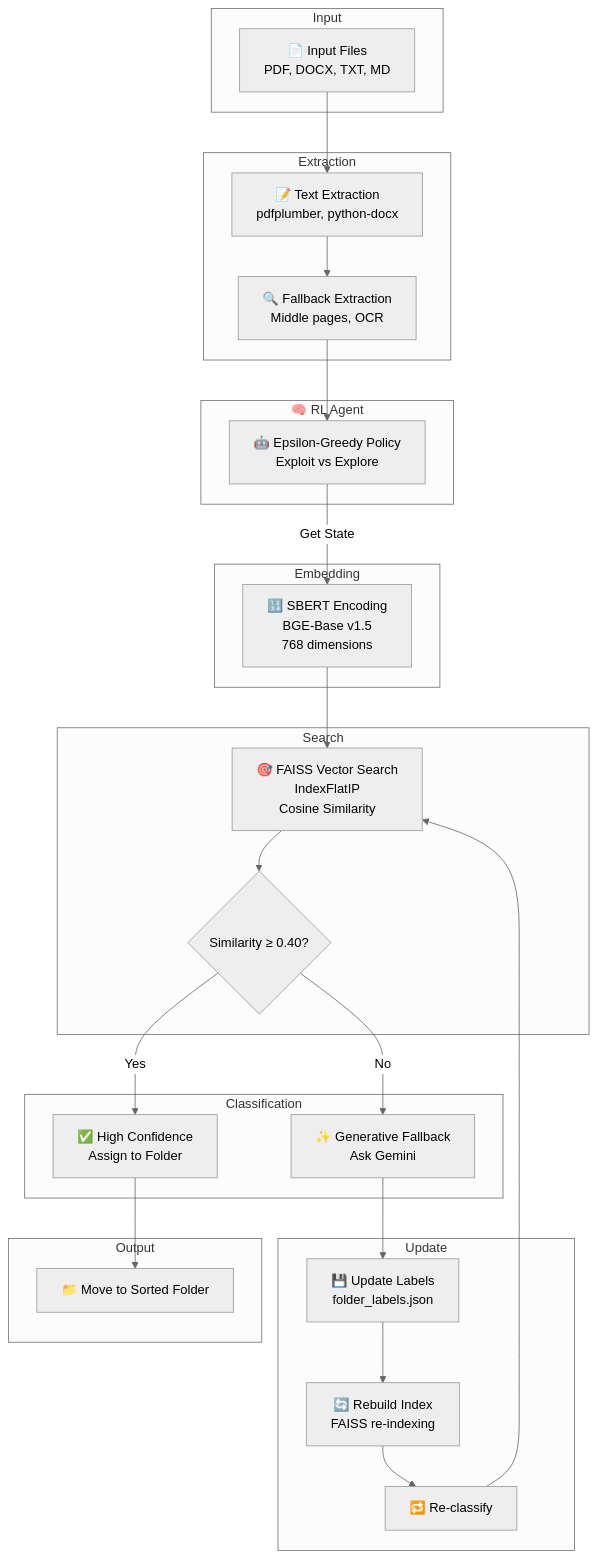
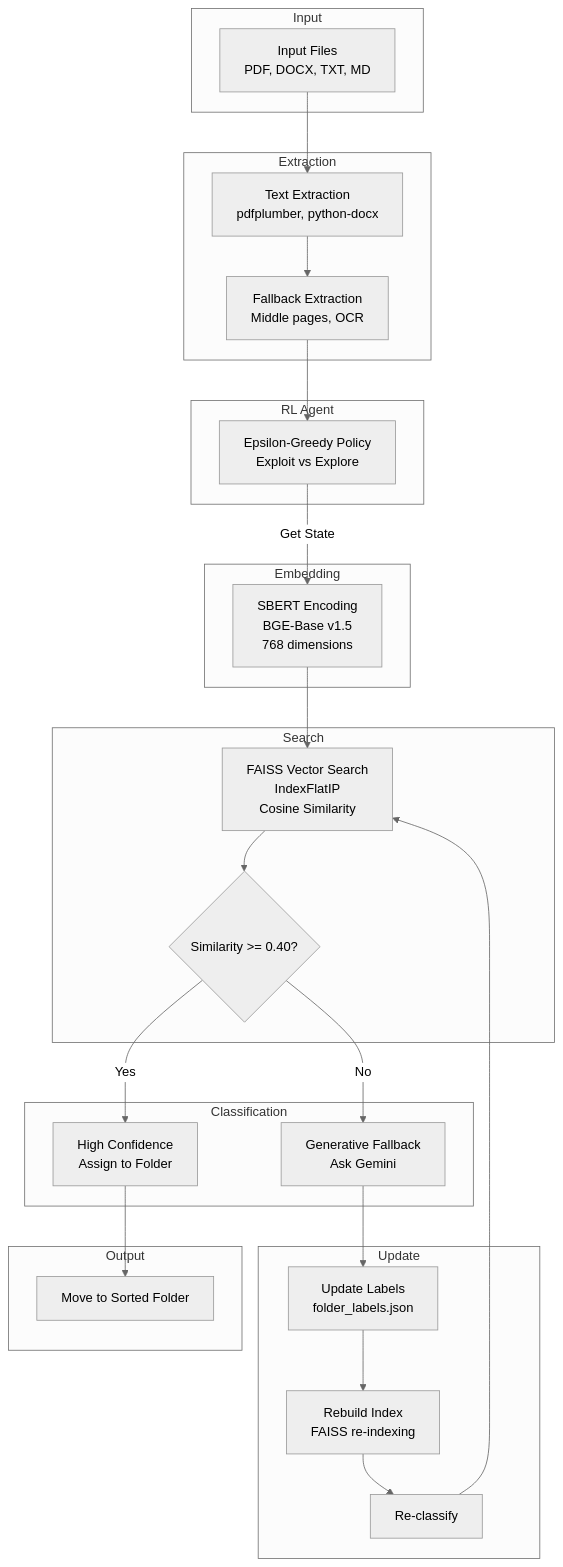
One commit to ahhyoushh/FileSense changed the diagram in wiki/pipeline.md. Above: the diagram before and after it, drawn with Mermaid (neutral theme). The commit also changed other lines of this file and 9 other files, not shown here.

````diff
--- a/wiki/pipeline.md
+++ b/wiki/pipeline.md
@@ -15,53 +15,53 @@
 ```mermaid
 flowchart TB
     subgraph Input
-        A[📄 Input Files<br/>PDF, DOCX, TXT, MD]
+        A[Input Files<br/>PDF, DOCX, TXT, MD]
     end
     
     subgraph Extraction
-        B[📝 Text Extraction<br/>pdfplumber, python-docx]
-        C[🔍 Fallback Extraction<br/>Middle pages, OCR]
+        B[Text Extraction<br/>pdfplumber, python-docx]
+        C[Fallback Extraction<br/>Middle pages, OCR]
     end
     
-    subgraph RLAgent [🧠 RL Agent]
-        D[🤖 Epsilon-Greedy Policy<br/>Exploit vs Explore]
+    subgraph RLAgent [RL Agent]
+        D[Epsilon-Greedy Policy<br/>Exploit vs Explore]
     end
     
     subgraph Embedding
-        E[🔢 SBERT Encoding<br/>BGE-Base v1.5<br/>768 dimensions]
+        E[SBERT Encoding<br/>BGE-Base v1.5<br/>768 dimensions]
     end
     
     subgraph Search
-        F[🎯 FAISS Vector Search<br/>IndexFlatIP<br/>Cosine Similarity]
-        G{Similarity ≥ 0.40?}
+        F[FAISS Vector Search<br/>IndexFlatIP<br/>Cosine Similarity]
+        G{Similarity >= 0.40?}
     end
     
     subgraph Classification
-        H[✅ High Confidence<br/>Assign to Folder]
-        I[✨ Generative Fallback<br/>Ask Gemini]
+        H[High Confidence<br/>Assign to Folder]
+        I[Generative Fallback<br/>Ask Gemini]
     end
     
     subgraph Update
-        J[💾 Update Labels<br/>folder_labels.json]
-        K[🔄 Rebuild Index<br/>FAISS re-indexing]
-        L[🔁 Re-classify]
+        J[Update Labels<br/>folder_labels.json]
+        K[Rebuild Index<br/>FAISS re-indexing]
+        L[Re-classify]
     end
     
     subgraph Output
-        M[📁 Move to Sorted Folder]
+        M[Move to Sorted Folder]
     end
     
     A --> B
     B --> C
     C --> D
     D -->|Get State| E
     E --> F
     F --> G
     G -->|Yes| H
     G -->|No| I
     I --> J
     J --> K
     K --> L
     L --> F
     H --> M
 ```
````
